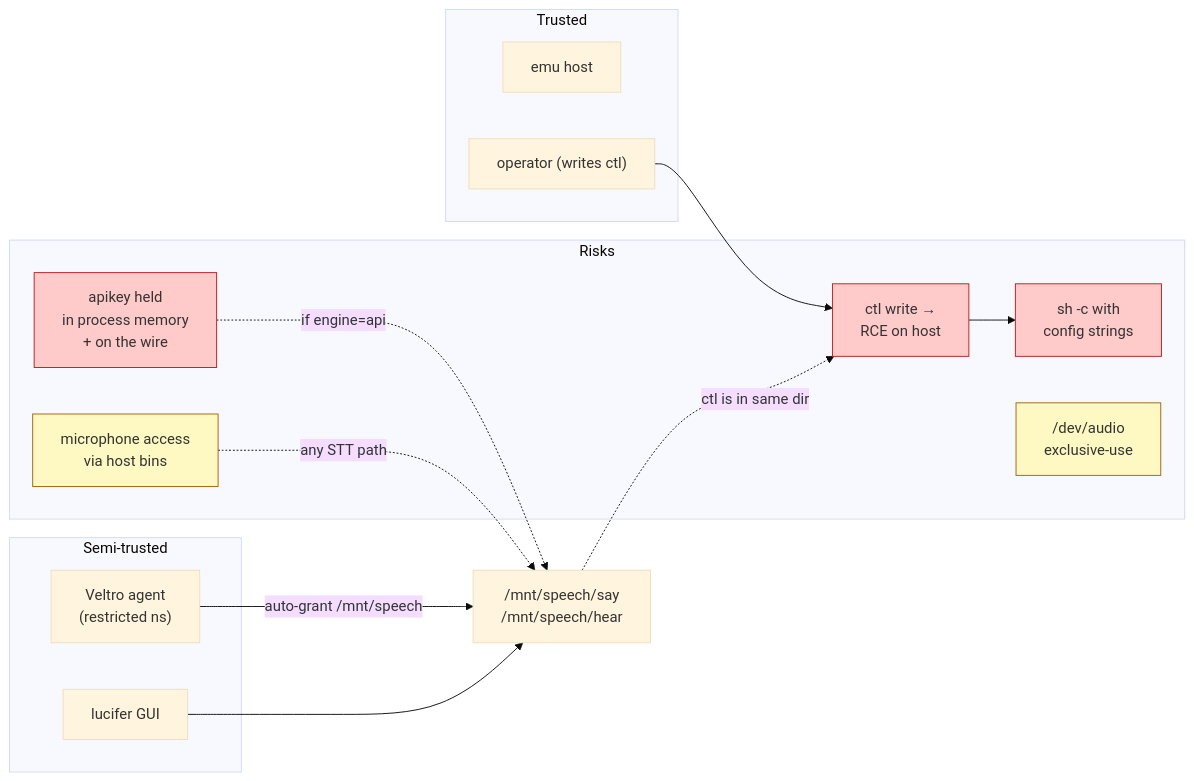
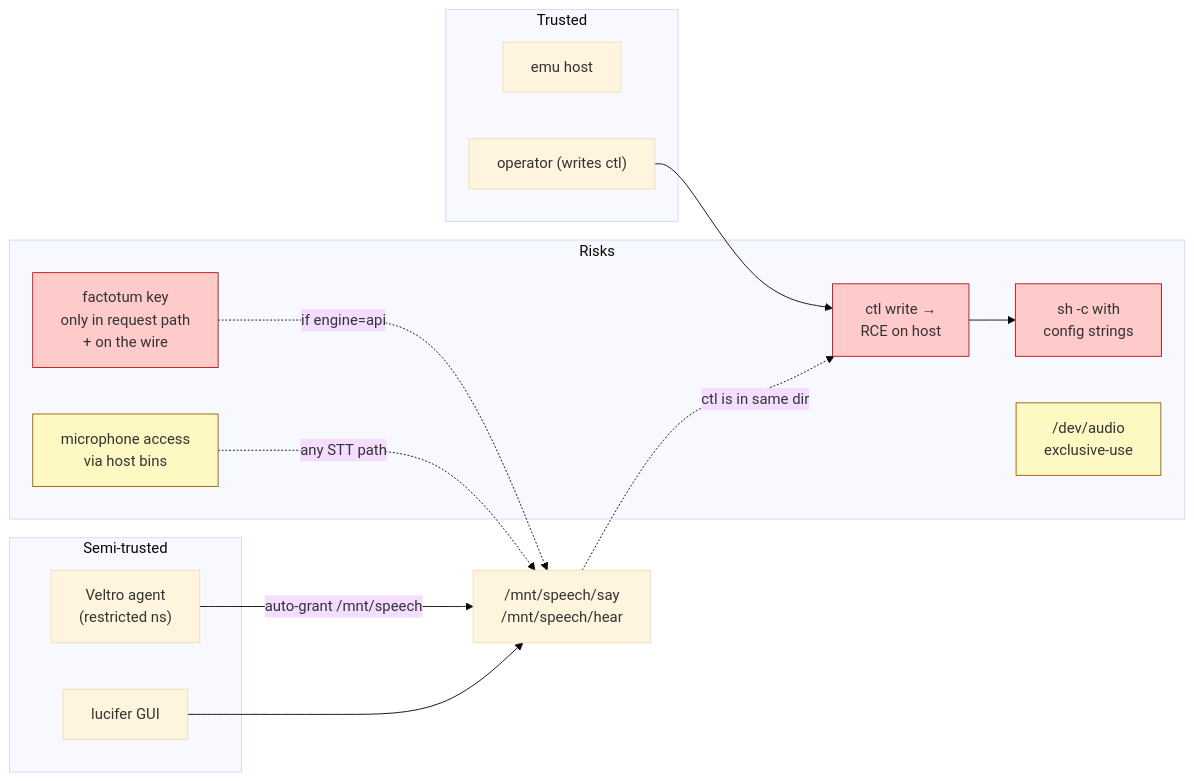
Diagram 12 of 16 in docs/SPEECH-ARCHITECTURE.md (Ticed/infernode-os), drawn with Mermaid (base theme) before and after one commit. The commit also changed other lines of this file and 3 other files, not shown here.

First line of the commit message:
fix(speech): use factotum for API credentials

````diff
--- a/docs/SPEECH-ARCHITECTURE.md
+++ b/docs/SPEECH-ARCHITECTURE.md
@@ -715,32 +722,32 @@
 ```mermaid
 flowchart LR
     subgraph trusted["Trusted"]
         emu_t["emu host"]
         op["operator (writes ctl)"]
     end
     subgraph semi["Semi-trusted"]
         agent["Veltro agent<br/>(restricted ns)"]
         gui["lucifer GUI"]
     end
     subgraph risk["Risks"]
         ctlrce["ctl write →<br/>RCE on host"]
         hostshell["sh -c with<br/>config strings"]
-        api_leak["apikey held<br/>in process memory<br/>+ on the wire"]
+        api_leak["factotum key<br/>only in request path<br/>+ on the wire"]
         mic_priv["microphone access<br/>via host bins"]
         dev_audio["/dev/audio<br/>exclusive-use"]
     end
 
     op --> ctlrce
     ctlrce --> hostshell
     agent -- "auto-grant /mnt/speech" --> mount["/mnt/speech/say<br/>/mnt/speech/hear"]
     gui --> mount
     mount -. "ctl is in same dir" .-> ctlrce
     api_leak -. "if engine=api" .-> mount
     mic_priv -. "any STT path" .-> mount
 
     classDef bad fill:#fecaca,stroke:#b91c1c
     classDef warn fill:#fef9c3,stroke:#a16207
     classDef good fill:#dcfce7,stroke:#15803d
     class ctlrce,hostshell,api_leak bad
     class mic_priv,dev_audio warn
 ```
````
